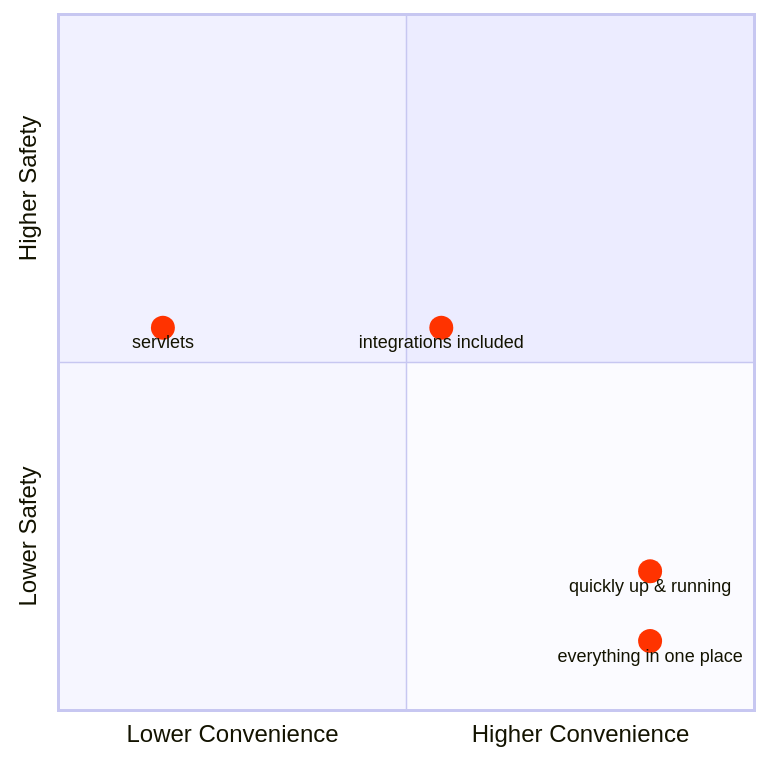
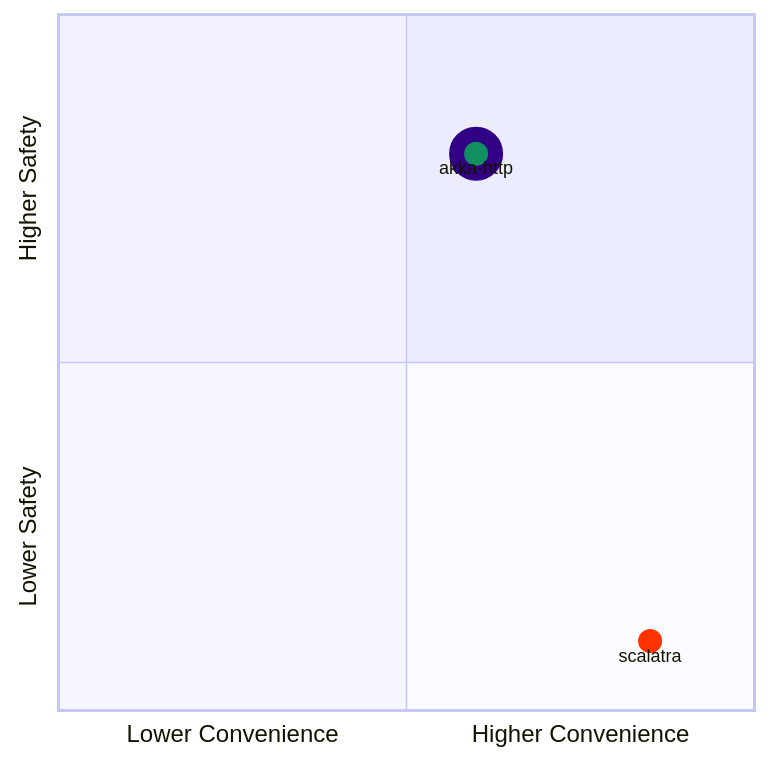
One commit to polyvariant/flavors-of-scala changed the seventh of 14 diagrams in slides/http.md. Above: the diagram before and after it, drawn with Mermaid. The commit also changed other lines of this file and 3 other files, not shown here.

Commit message:
Improve the http flow, simplify, remove slides

````diff
--- a/slides/http.md
+++ b/slides/http.md
@@ -758,14 +470,12 @@
-```mermaid {scale: 0.8}
+```mermaid {scale: 0.9}
 quadrantChart
   x-axis Lower Convenience --> Higher Convenience
   y-axis Lower Safety --> Higher Safety
-  everything in one place:::scalatra: [0.85, 0.1]
-  quickly up & running:::scalatra: [0.85, 0.2]
-  servlets:::scalatra: [0.15, 0.55]
-  integrations included:::scalatra: [0.55, 0.55]
+  scalatra:::scalatra: [0.85, 0.1]
+  akka-http:::akka: [0.6, 0.8]
+
   classDef scalatra color: #ff3300, radius : 8
-  classDef actors color: #109060, radius : 8
-  classDef types color: #f00fff, radius : 8
-  classDef class2 color: #908342, radius : 8, stroke-color: #310085, stroke-width: 10px
-  classDef class3 color: #f00fff, radius : 8
+  classDef akka color: #109060, radius : 13, stroke-color: #310085, stroke-width: 10px
+  classDef http4s color: #f00fff, radius : 8
+  classDef tapir color: #F99111
 ```
````
